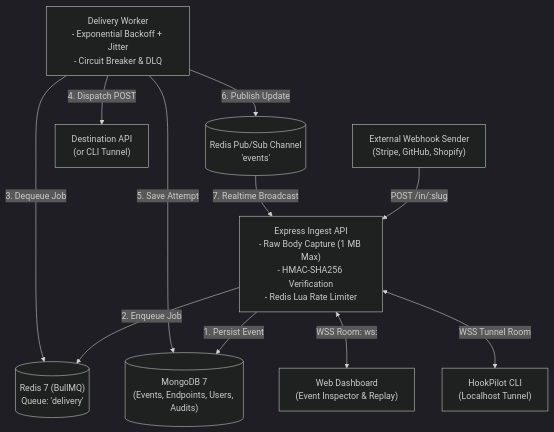
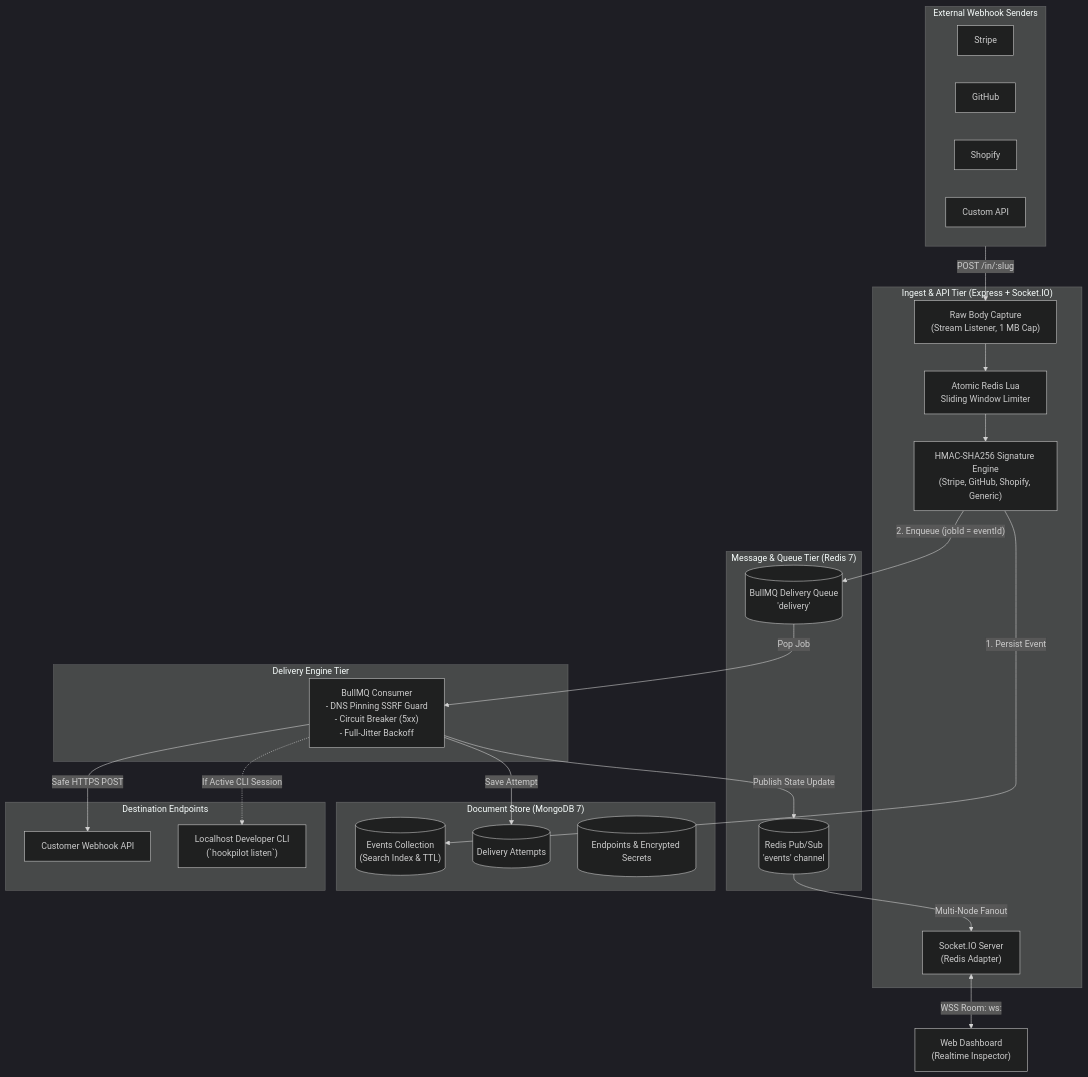
One commit to Akshuu1/HookPilot changed the diagram in README.md. Above: the diagram before and after it, drawn with Mermaid (dark theme). The commit also changed other lines of this file and 3 other files, not shown here.

Commit message:
docs: produce portfolio-grade documentation, architecture guide, and ADRs (Phase 13)

````diff
--- a/README.md
+++ b/README.md
@@ -29,16 +49,51 @@
 ```mermaid
 flowchart TD
-    Sender["External Webhook Sender\n(Stripe, GitHub, Shopify)"] -->|"POST /in/:slug"| API["Express Ingest API\n- Raw Body Capture (1 MB Max)\n- HMAC-SHA256 Verification\n- Redis Lua Rate Limiter"]
-    
-    API -->|"1. Persist Event"| Mongo[("MongoDB 7\n(Events, Endpoints, Users, Audits)")]
-    API -->|"2. Enqueue Job"| RedisQueue[("Redis 7 (BullMQ)\nQueue: 'delivery'")]
-    
-    Worker["Delivery Worker\n- Exponential Backoff + Jitter\n- Circuit Breaker & DLQ"] -->|"3. Dequeue Job"| RedisQueue
-    Worker -->|"4. Dispatch POST"| Dest["Destination API\n(or CLI Tunnel)"]
-    Worker -->|"5. Save Attempt"| Mongo
-    Worker -->|"6. Publish Update"| RedisPubSub[("Redis Pub/Sub Channel\n'events'")]
-    
-    RedisPubSub -->|"7. Realtime Broadcast"| API
-    API <-->|"WSS Room: ws:<workspaceId>"| Web["Web Dashboard\n(Event Inspector & Replay)"]
-    API <-->|"WSS Tunnel Room"| CLI["HookPilot CLI\n(Localhost Tunnel)"]
+    subgraph Senders ["External Webhook Senders"]
+        Stripe["Stripe"]
+        GitHub["GitHub"]
+        Shopify["Shopify"]
+        CustomSender["Custom API"]
+    end
+
+    subgraph Ingestion ["Ingest & API Tier (Express + Socket.IO)"]
+        StreamBuffer["Raw Body Capture\n(Stream Listener, 1 MB Cap)"]
+        RateLimiter["Atomic Redis Lua\nSliding Window Limiter"]
+        HMAC["HMAC-SHA256 Signature Engine\n(Stripe, GitHub, Shopify, Generic)"]
+        SocketServer["Socket.IO Server\n(Redis Adapter)"]
+    end
+
+    subgraph Queues ["Message & Queue Tier (Redis 7)"]
+        BullMQ[("BullMQ Delivery Queue\n'delivery'")]
+        RedisPubSub[("Redis Pub/Sub\n'events' channel")]
+    end
+
+    subgraph Storage ["Document Store (MongoDB 7)"]
+        MongoEvents[("Events Collection\n(Search Index & TTL)")]
+        MongoAttempts[("Delivery Attempts")]
+        MongoEndpoints[("Endpoints & Encrypted Secrets")]
+    end
+
+    subgraph Workers ["Delivery Engine Tier"]
+        Worker["BullMQ Consumer\n- DNS Pinning SSRF Guard\n- Circuit Breaker (5xx)\n- Full-Jitter Backoff"]
+    end
+
+    subgraph Targets ["Destination Endpoints"]
+        CustomerAPI["Customer Webhook API"]
+        CLITunnel["Localhost Developer CLI\n(`hookpilot listen`)"]
+    end
+
+    Senders -->|"POST /in/:slug"| StreamBuffer
+    StreamBuffer --> RateLimiter
+    RateLimiter --> HMAC
+    HMAC -->|"1. Persist Event"| MongoEvents
+    HMAC -->|"2. Enqueue (jobId = eventId)"| BullMQ
+
+    BullMQ -->|"Pop Job"| Worker
+    Worker -->|"Safe HTTPS POST"| CustomerAPI
+    Worker -.->|"If Active CLI Session"| CLITunnel
+    Worker -->|"Save Attempt"| MongoAttempts
+    Worker -->|"Publish State Update"| RedisPubSub
+
+    RedisPubSub -->|"Multi-Node Fanout"| SocketServer
+    SocketServer <-->|"WSS Room: ws:<workspaceId>"| Web["Web Dashboard\n(Realtime Inspector)"]
 ```
````
